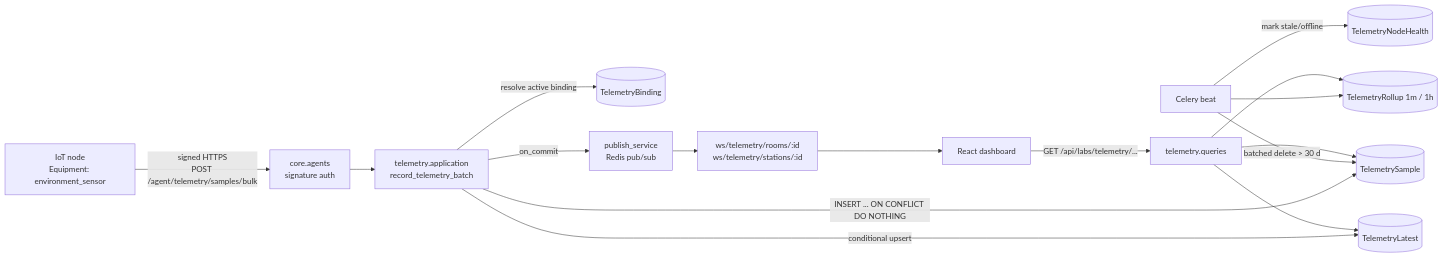
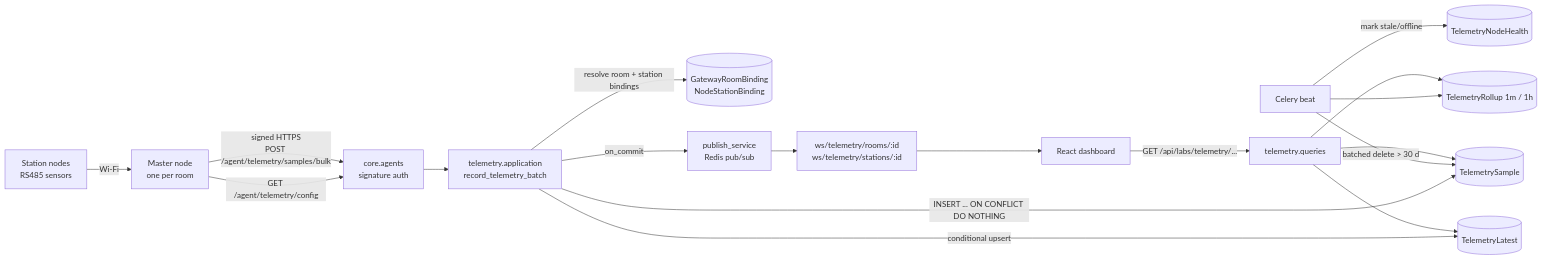
One commit to angustino88/lab-mango changed the second of 4 diagrams in docs/proposals/environment-telemetry.md. Above: the diagram before and after it, drawn with Mermaid. The commit also changed other lines of this file, not shown here.

First line of the commit message:
docs: revise environment telemetry design for room master node topology

````diff
--- a/docs/proposals/environment-telemetry.md
+++ b/docs/proposals/environment-telemetry.md
@@ -126,16 +151,18 @@
 ```mermaid
 flowchart LR
-  N[IoT node<br/>Equipment: environment_sensor] -- "signed HTTPS<br/>POST /agent/telemetry/samples/bulk" --> AG[core.agents<br/>signature auth]
+  SN[Station nodes<br/>RS485 sensors] -- Wi-Fi --> N[Master node<br/>one per room]
+  N -- "GET /agent/telemetry/config" --> AG
+  N -- "signed HTTPS<br/>POST /agent/telemetry/samples/bulk" --> AG[core.agents<br/>signature auth]
   AG --> CMD[telemetry.application<br/>record_telemetry_batch]
-  CMD -- resolve active binding --> B[(TelemetryBinding)]
+  CMD -- resolve room + station bindings --> B[(GatewayRoomBinding<br/>NodeStationBinding)]
   CMD -- INSERT ... ON CONFLICT DO NOTHING --> S[(TelemetrySample)]
   CMD -- conditional upsert --> L[(TelemetryLatest)]
   CMD -- on_commit --> P[publish_service<br/>Redis pub/sub]
   P --> WS[ws/telemetry/rooms/:id<br/>ws/telemetry/stations/:id]
   WS --> FE[React dashboard]
   CEL[Celery beat] --> R[(TelemetryRollup 1m / 1h)]
   CEL -- batched delete > 30 d --> S
   CEL -- mark stale/offline --> H[(TelemetryNodeHealth)]
   FE -- "GET /api/labs/telemetry/..." --> Q[telemetry.queries]
   Q --> L & R & S
 ```
````
